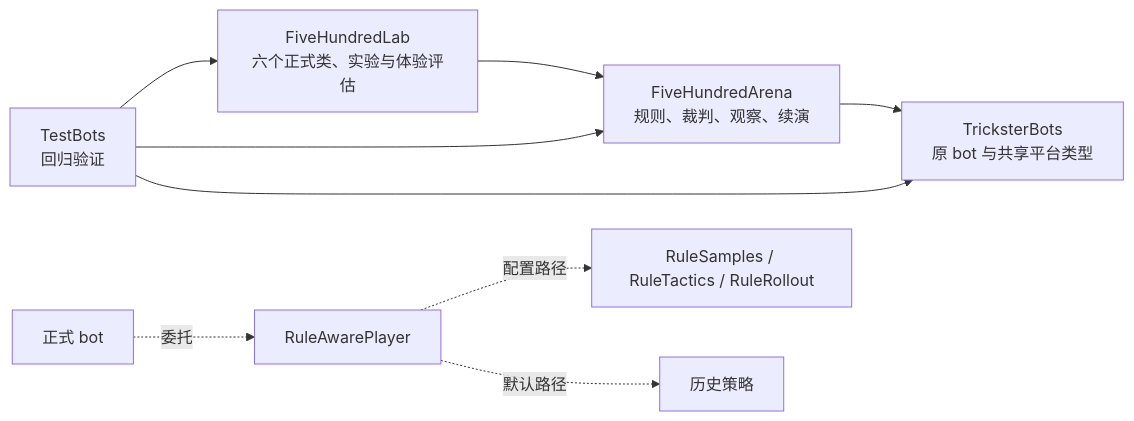
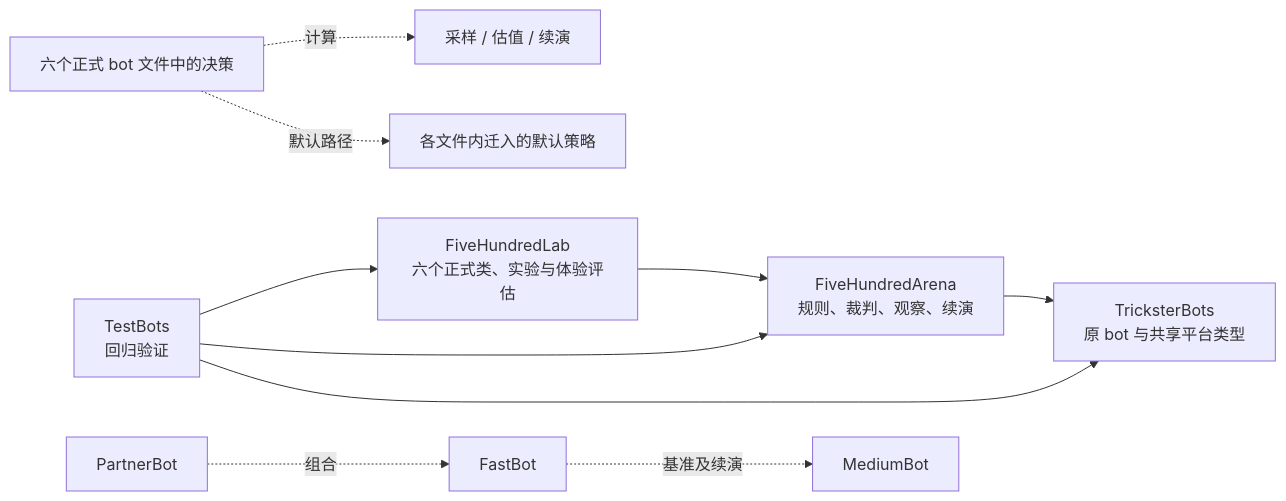
Before and after one commit to wenbotao/TricksterBots: the second of 2 diagrams in FIVEHUNDRED_DEVELOPMENT.md, drawn with Mermaid. The commit also changed other lines of this file and 44 other files, not shown here.

````diff
--- a/FIVEHUNDRED_DEVELOPMENT.md
+++ b/FIVEHUNDRED_DEVELOPMENT.md
@@ -185,15 +185,16 @@
 ```mermaid
 flowchart LR
     T[TricksterBots<br/>原 bot 与共享平台类型]
     A[FiveHundredArena<br/>规则、裁判、观察、续演]
     L[FiveHundredLab<br/>六个正式类、实验与体验评估]
     X[TestBots<br/>回归验证]
     L --> A
     A --> T
     X --> L
     X --> A
     X --> T
-    F[正式 bot] -.委托.-> C[RuleAwarePlayer]
-    C -.配置路径.-> S[RuleSamples / RuleTactics / RuleRollout]
-    C -.默认路径.-> H[历史策略]
+    F[六个正式 bot 文件中的决策] -.计算.-> S[采样 / 估值 / 续演]
+    F -.默认路径.-> H[各文件内迁入的默认策略]
+    P[PartnerBot] -.组合.-> Q[FastBot]
+    Q -.基准及续演.-> M[MediumBot]
 ```
````
